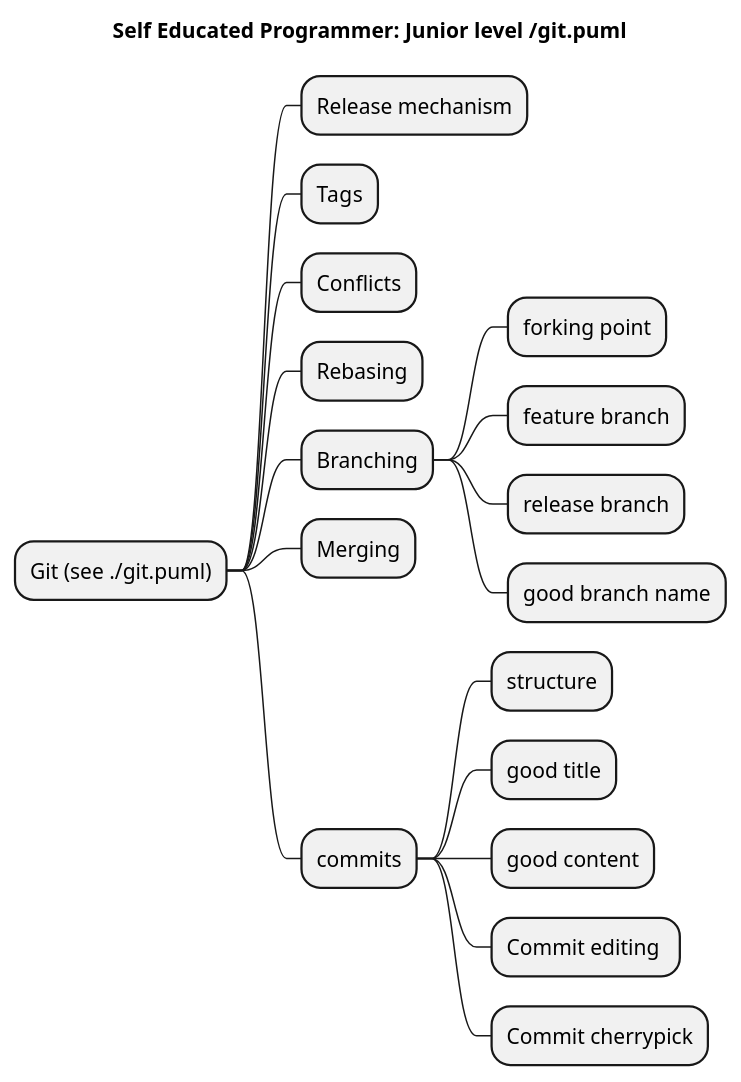
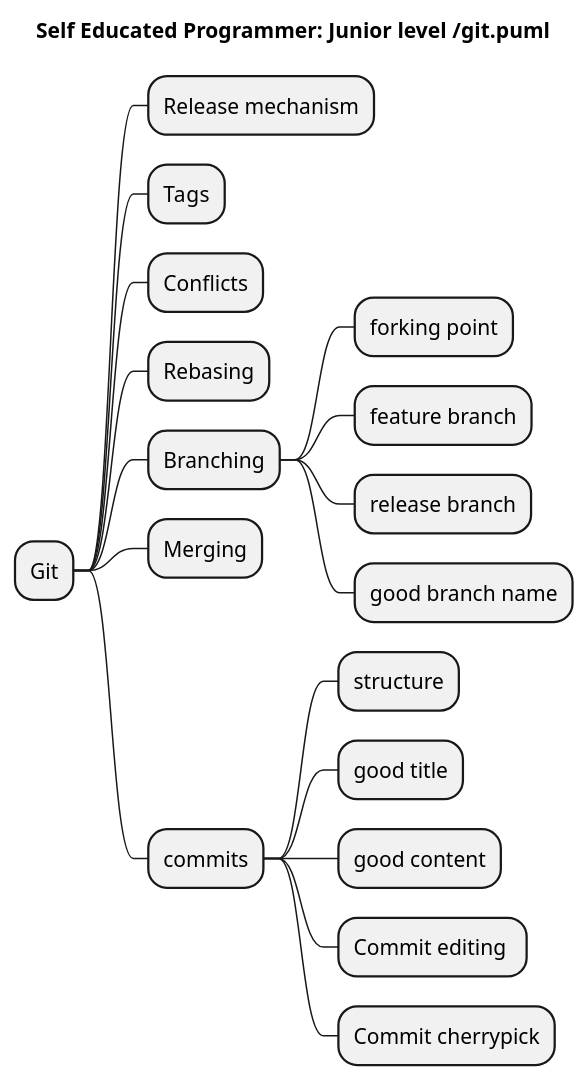
Before and after one commit to SmartSoftDev/self_educated_software_programmer_path: the diagram in git.puml, drawn with PlantUML. The commit also changed 23 other files, not shown here.

```diff
--- a/git.puml
+++ b/git.puml
@@ -1,22 +1,22 @@
 @startmindmap
 title Self Educated Programmer: Junior level /git.puml
 
-* Git (see ./git.puml)
+* Git
 ** Release mechanism
 ** Tags
 ** Conflicts
 ** Rebasing
 ** Branching
 *** forking point
 *** feature branch
 *** release branch
 *** good branch name
 ** Merging
 ** commits
 *** structure
 *** good title
 *** good content
 *** Commit editing 
 *** Commit cherrypick
 
 @endmindmap
```
